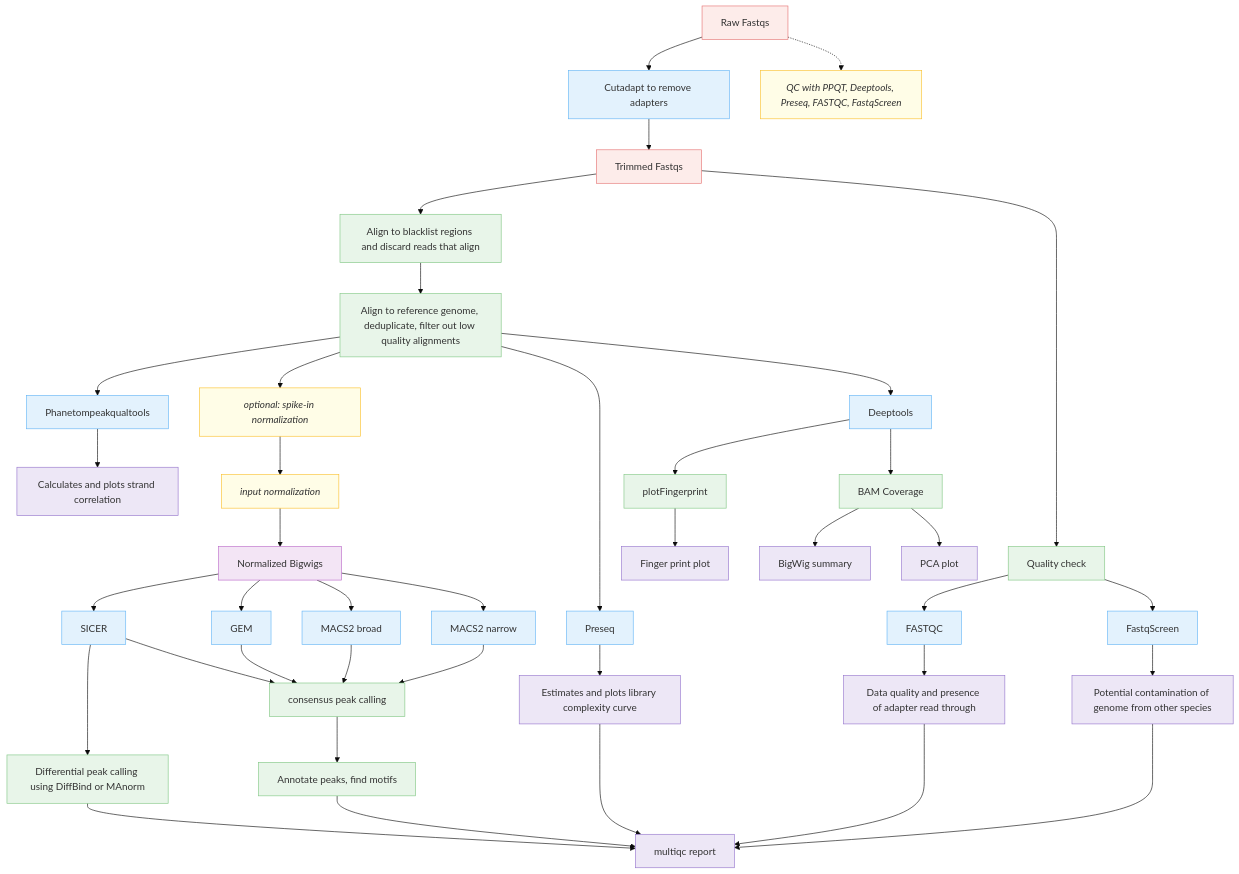
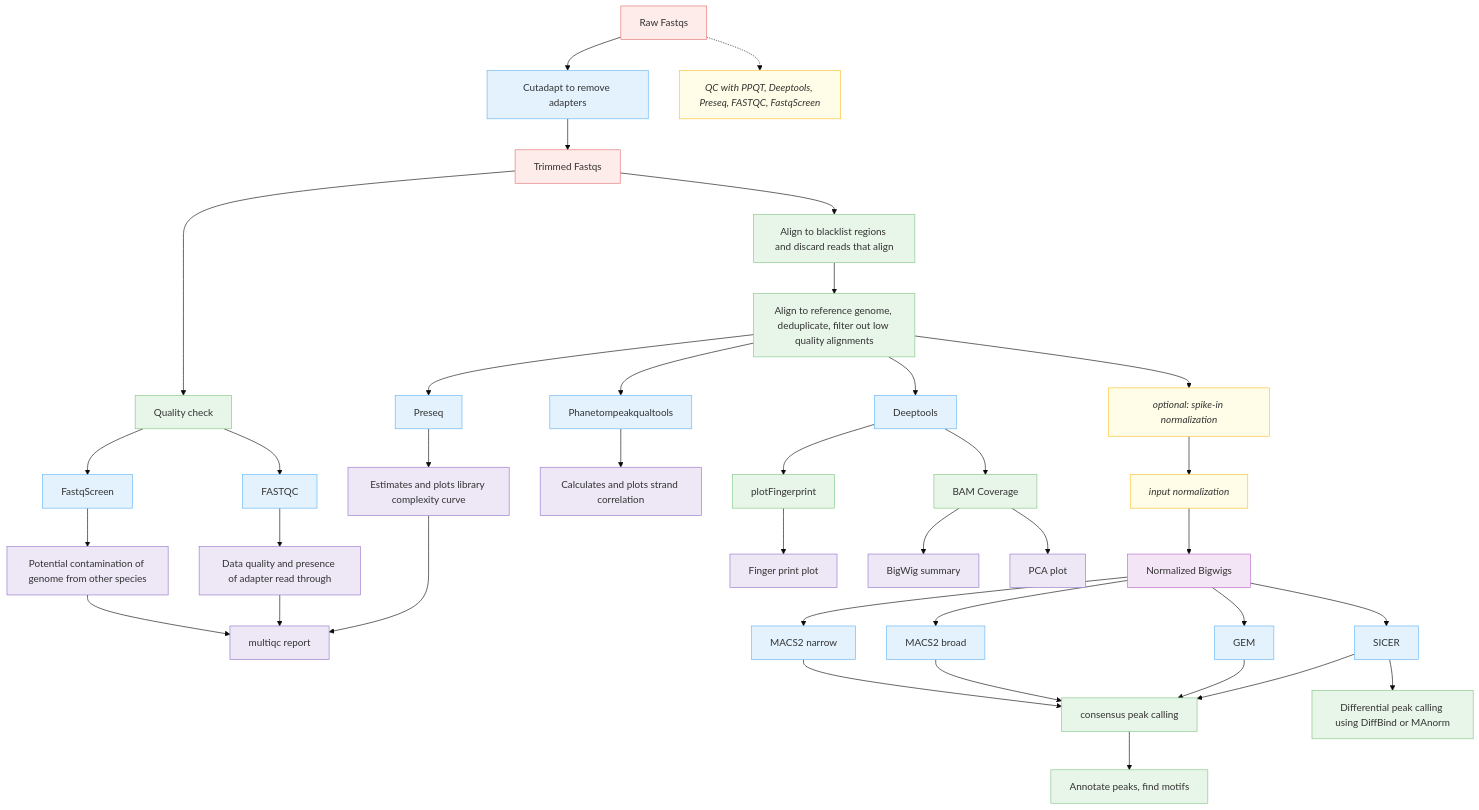
The first of 2 diagrams in docs/diagram/index.md (CCBR/CHAMPAGNE), drawn with Mermaid (base theme) before and after one commit.

Commit message:
More changes.

````diff
--- a/docs/diagram/index.md
+++ b/docs/diagram/index.md
@@ -3,81 +3,81 @@
 ```mermaid
 
 flowchart TB
 
   %% Input
   %%Raw["Raw Fastqs"]:::input -->|Adapter trimming| Trimmed["Trimmed Fastqs"]:::input
   Raw["Raw Fastqs"]:::input --> Cleanup["Cutadapt to remove adapters"]:::tool
   Cleanup --> Trimmed["Trimmed Fastqs"]:::input
   %%Adapter trimming --> Trimmed["Trimmed Fastqs"]:::input
   Raw -.-> QCnote["QC with PPQT, Deeptools, Preseq, FASTQC, FastqScreen"]:::note
   %%Trimmed --> Cutadapt["cutadapt"]:::process
   %%Cutadapt --> Trimmed
 
   %% Quality Control
   Trimmed --> QC["Quality check"]:::process
   QC --> FastqScreen["FastqScreen"]:::tool
   MultiQC["multiqc report"]:::output
   FastqScreen --> Contaminants["Potential contamination of genome from other species"]:::output
-  Contaminants ---> MultiQC
+  Contaminants --> MultiQC
   QC --> FASTQC["FASTQC"]:::tool
   FASTQC --> QC_results["Data quality and presence of adapter read through"]:::output
-  QC_results ---> MultiQC
+  QC_results --> MultiQC
   %%QC --> Phantom["Phantompeakqualtools"]:::tool
   %%QC --> Deeptools["Deeptools"]:::tool
 
   %% Blacklist filtering
   Trimmed --> Blacklist["Align to blacklist regions and discard reads that align"]:::process
 
   %% Preseq and alignment
   %%Align["Align to reference genome, deduplicate, filter out low quality alignments"]:::process --> Preseq["Preseq"]:::tool
   Blacklist --> Align["Align to reference genome, deduplicate, filter out low quality alignments"]:::process
   Align --> Preseq["Preseq"]:::tool
   Preseq --> Cc["Estimates and plots library complexity curve"]:::output
   Cc ---> MultiQC
 
   %% Phantompeakqualtools and alignment
   Align --> Ppqt["Phanetompeakqualtools"]:::tool
   Ppqt --> Scc["Calculates and plots strand correlation"]:::output
 
   %% Spike-in normalization (optional)
   Align --> Spike["optional: spike-in normalization"]:::note
   Spike --> InputNorm["input normalization"]:::note
   InputNorm --> NormBigwigs["Normalized Bigwigs"]:::data
 
   %% Deeptools steps
   Align --> Deeptools2["Deeptools"]:::tool
   %%Deeptools2 --> Matrix["Compute matrix"]:::process
   Deeptools2 --> BAMcov["BAM Coverage"]:::process
   Deeptools2 --> Fingerprint["plotFingerprint"]:::process
   Fingerprint --> Fingerprintplot["Finger print plot"]:::output
 
   %%Matrix --> Heatmap["TSS profile plot and heatmap"]:::output
   BAMcov --> Bigwig["BigWig summary"]:::output
   BAMcov --> PCA["PCA plot"]:::output
   %%Matrix --> Correlation["Plot sample correlation"]:::output
 
   %% Peak calling
   NormBigwigs --> MACS2narrow["MACS2 narrow"]:::tool
   NormBigwigs --> MACS2broad["MACS2 broad"]:::tool
   NormBigwigs --> SICER["SICER"]:::tool
   NormBigwigs --> GEM["GEM"]:::tool
   
   MACS2narrow --> Consensus["consensus peak calling"]:::process
   MACS2broad --> Consensus
   GEM --> Consensus
   SICER --> Consensus
  
   SICER --> Diffbind["Differential peak calling using DiffBind or MAnorm"]:::process
 
   Consensus --> Annotate["Annotate peaks, find motifs"]:::process
-  Annotate --> MultiQC["multiqc report"]:::output
-  Diffbind --> MultiQC
+  %%Annotate --> MultiQC["multiqc report"]:::output
+  %%Diffbind --> MultiQC
 
   %% Styles
   classDef input fill:#fdecea,stroke:#e57373,stroke-width:1px;
   classDef process fill:#e8f5e9,stroke:#81c784,stroke-width:1px;
   classDef tool fill:#e3f2fd,stroke:#64b5f6,stroke-width:1px;
   classDef note fill:#fffde7,stroke:#fbc02d,stroke-width:1px,font-style:italic;
   classDef output fill:#ede7f6,stroke:#9575cd,stroke-width:1px;
   classDef data fill:#f3e5f5,stroke:#ba68c8,stroke-width:1px;
 ```
````
